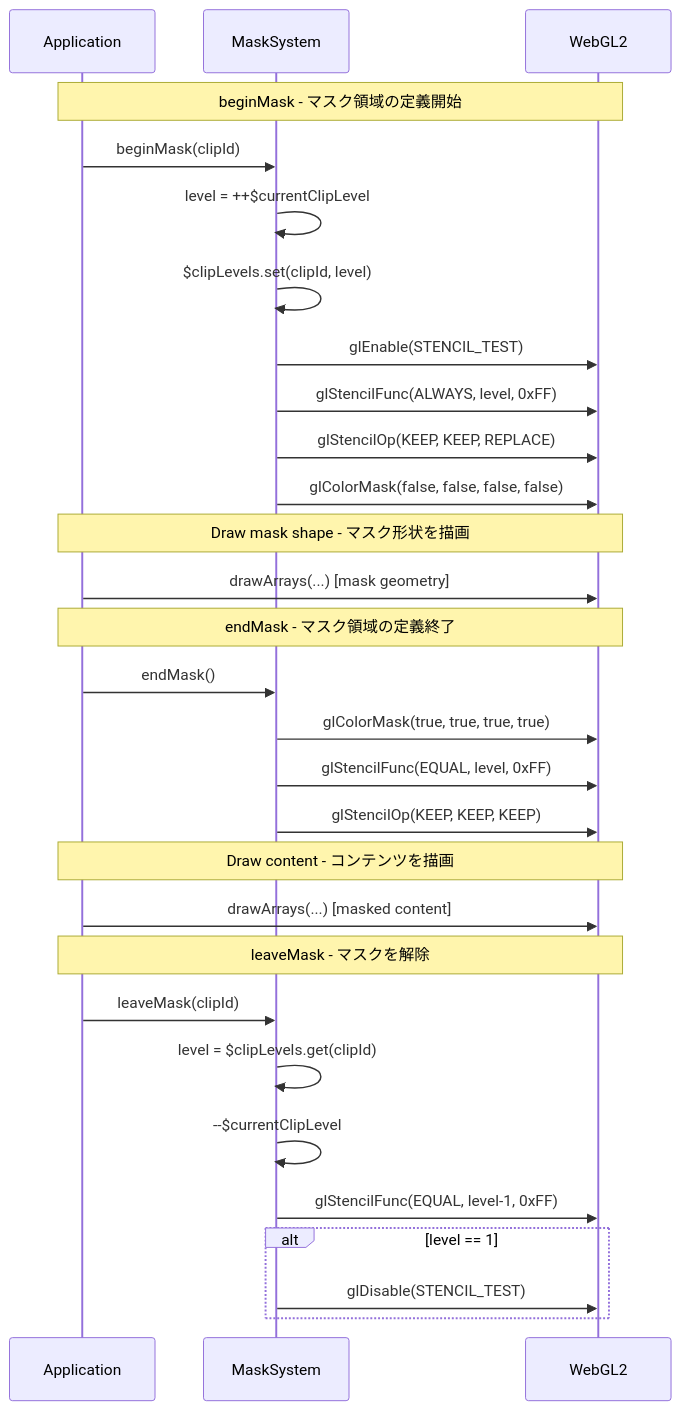
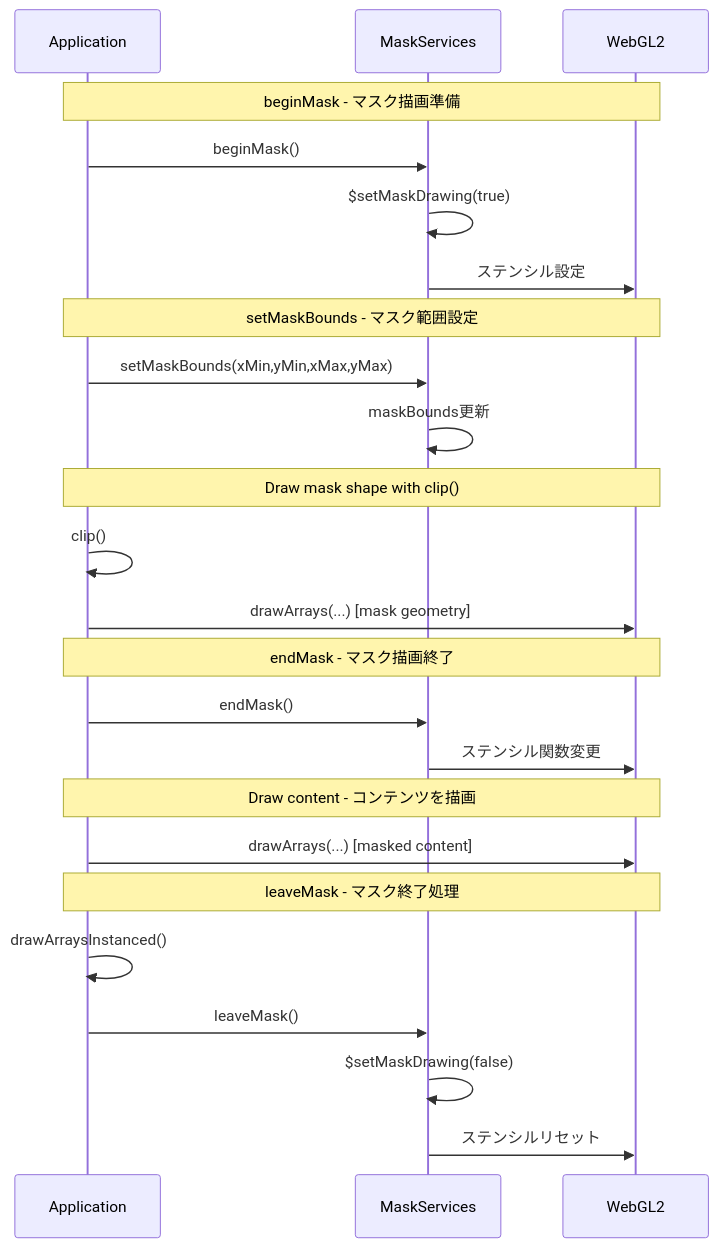
Before and after one commit to Next2D/player: diagram 20 of 37 in packages/webgl/RENDERING_FLOW.md, drawn with Mermaid. The commit also changed other lines of this file, not shown here.

````diff
--- a/packages/webgl/RENDERING_FLOW.md
+++ b/packages/webgl/RENDERING_FLOW.md
@@ -854,36 +952,32 @@
 ```mermaid
 sequenceDiagram
     participant App as Application
-    participant Mask as MaskSystem
+    participant Mask as MaskServices
     participant GL as WebGL2
 
-    Note over App,GL: beginMask - マスク領域の定義開始
-    App->>Mask: beginMask(clipId)
-    Mask->>Mask: level = ++$currentClipLevel
-    Mask->>Mask: $clipLevels.set(clipId, level)
-    Mask->>GL: glEnable(STENCIL_TEST)
-    Mask->>GL: glStencilFunc(ALWAYS, level, 0xFF)
-    Mask->>GL: glStencilOp(KEEP, KEEP, REPLACE)
-    Mask->>GL: glColorMask(false, false, false, false)
+    Note over App,GL: beginMask - マスク描画準備
+    App->>Mask: beginMask()
+    Mask->>Mask: $setMaskDrawing(true)
+    Mask->>GL: ステンシル設定
 
-    Note over App,GL: Draw mask shape - マスク形状を描画
+    Note over App,GL: setMaskBounds - マスク範囲設定
+    App->>Mask: setMaskBounds(xMin,yMin,xMax,yMax)
+    Mask->>Mask: maskBounds更新
+
+    Note over App,GL: Draw mask shape with clip()
+    App->>App: clip()
     App->>GL: drawArrays(...) [mask geometry]
 
-    Note over App,GL: endMask - マスク領域の定義終了
+    Note over App,GL: endMask - マスク描画終了
     App->>Mask: endMask()
-    Mask->>GL: glColorMask(true, true, true, true)
-    Mask->>GL: glStencilFunc(EQUAL, level, 0xFF)
-    Mask->>GL: glStencilOp(KEEP, KEEP, KEEP)
+    Mask->>GL: ステンシル関数変更
 
     Note over App,GL: Draw content - コンテンツを描画
     App->>GL: drawArrays(...) [masked content]
 
-    Note over App,GL: leaveMask - マスクを解除
-    App->>Mask: leaveMask(clipId)
-    Mask->>Mask: level = $clipLevels.get(clipId)
-    Mask->>Mask: --$currentClipLevel
-    Mask->>GL: glStencilFunc(EQUAL, level-1, 0xFF)
-    alt level == 1
-        Mask->>GL: glDisable(STENCIL_TEST)
-    end
+    Note over App,GL: leaveMask - マスク終了処理
+    App->>App: drawArraysInstanced()
+    App->>Mask: leaveMask()
+    Mask->>Mask: $setMaskDrawing(false)
+    Mask->>GL: ステンシルリセット
 ```
````
